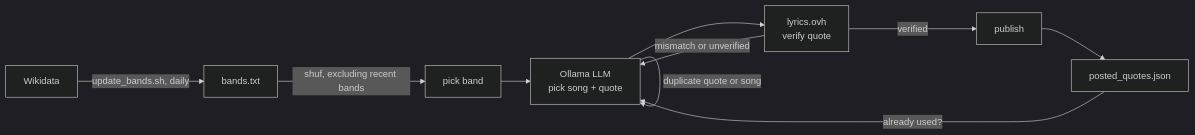
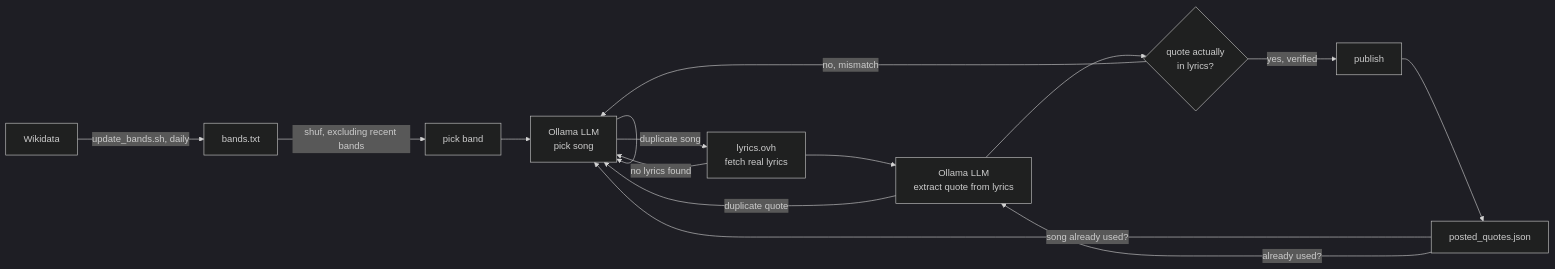
Before and after one commit to schmidt-software/song-quote-bot: the diagram in README.md, drawn with Mermaid (dark theme). The commit also changed other lines of this file and 1 other file, not shown here.

First line of the commit message:
Ground quotes in fetched lyrics instead of the model's memory (#14)

````diff
--- a/README.md
+++ b/README.md
@@ -18,12 +19,17 @@
 ```mermaid
 flowchart LR
     W[Wikidata] -->|update_bands.sh, daily| A[bands.txt]
     A -->|shuf, excluding recent bands| B[pick band]
-    B --> C[Ollama LLM<br/>pick song + quote]
-    D[posted_quotes.json] -->|already used?| C
-    C -->|duplicate quote or song| C
-    C --> L[lyrics.ovh<br/>verify quote]
-    L -->|mismatch or unverified| C
-    L -->|verified| E[publish]
+    B --> C[Ollama LLM<br/>pick song]
+    D[posted_quotes.json] -->|song already used?| C
+    C -->|duplicate song| C
+    C --> L[lyrics.ovh<br/>fetch real lyrics]
+    L -->|no lyrics found| C
+    L --> Q[Ollama LLM<br/>extract quote from lyrics]
+    Q -->|duplicate quote| C
+    Q --> V{quote actually<br/>in lyrics?}
+    V -->|no, mismatch| C
+    V -->|yes, verified| E[publish]
+    D -->|already used?| Q
     E --> D
 ```
````
